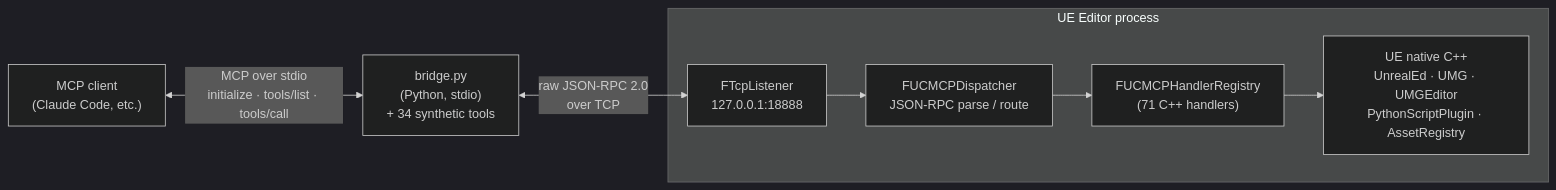
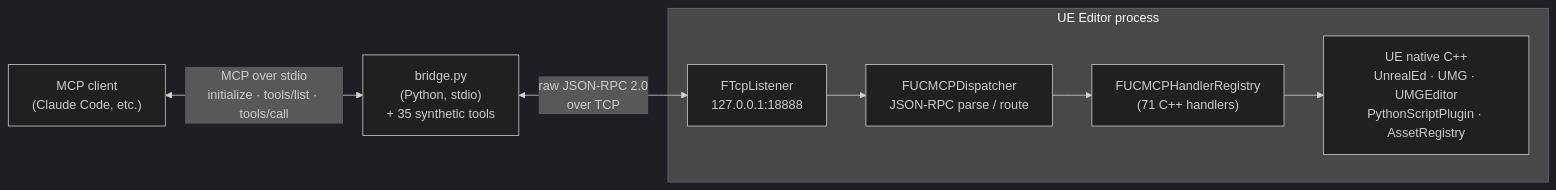
One commit to NAJEMWEHBE/unreal-ai-connection changed the first of 2 diagrams in docs/ARCHITECTURE.md. Above: the diagram before and after it, drawn with Mermaid (dark theme). The commit also changed 19 other files, not shown here.

First line of the commit message:
feat(bridge): add material_auto_remap synthetic tool (#248)

````diff
--- a/docs/ARCHITECTURE.md
+++ b/docs/ARCHITECTURE.md
@@ -5,18 +5,18 @@
 ```mermaid
 flowchart LR
     Client["MCP client<br/>(Claude Code, etc.)"]
-    Bridge["bridge.py<br/>(Python, stdio)<br/>+ 34 synthetic tools"]
+    Bridge["bridge.py<br/>(Python, stdio)<br/>+ 35 synthetic tools"]
 
     subgraph UE["UE Editor process"]
         TCP["FTcpListener<br/>127.0.0.1:18888"]
         Disp["FUCMCPDispatcher<br/>JSON-RPC parse / route"]
         Reg["FUCMCPHandlerRegistry<br/>(71 C++ handlers)"]
         Native["UE native C++<br/>UnrealEd · UMG · UMGEditor<br/>PythonScriptPlugin · AssetRegistry"]
     end
 
     Client <-->|"MCP over stdio<br/>initialize · tools/list · tools/call"| Bridge
     Bridge <-->|"raw JSON-RPC 2.0<br/>over TCP"| TCP
     TCP --> Disp
     Disp --> Reg
     Reg --> Native
 ```
````
